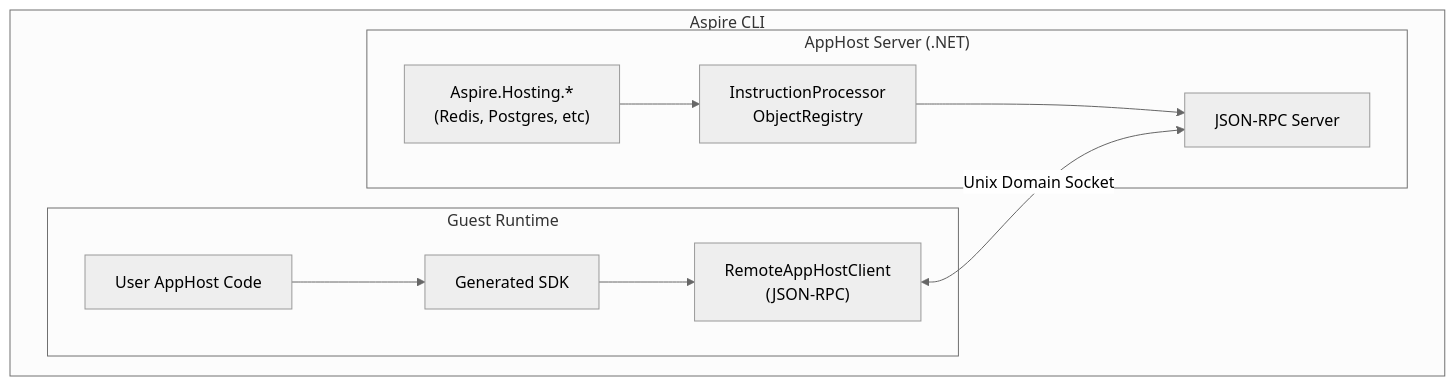
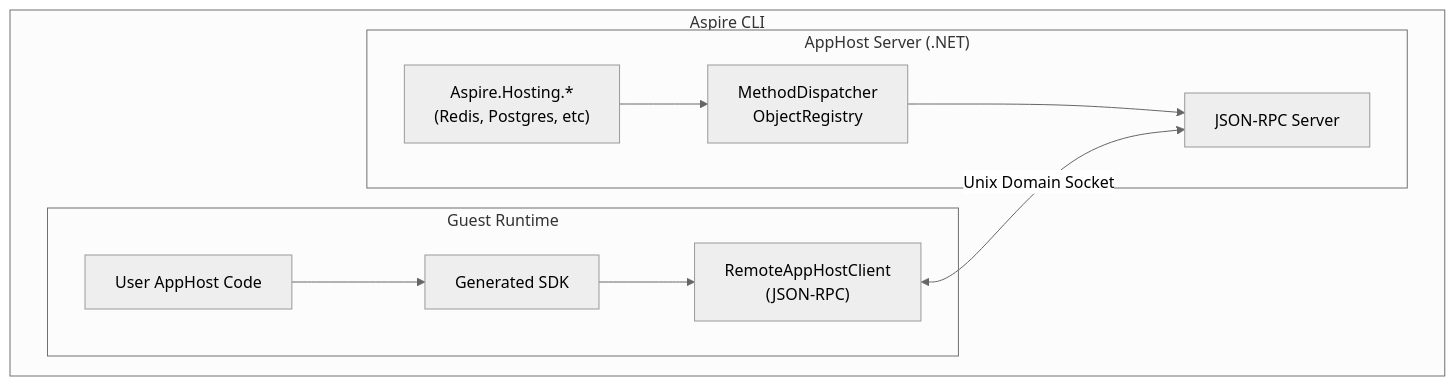
One commit to dotnet/aspire changed the first of 3 diagrams in docs/specs/polyglot-apphost.md. Above: the diagram before and after it, drawn with Mermaid (neutral theme). The commit also changed other lines of this file and 7 other files, not shown here.

````diff
--- a/docs/specs/polyglot-apphost.md
+++ b/docs/specs/polyglot-apphost.md
@@ -36,20 +41,20 @@
 ```mermaid
 flowchart TB
     subgraph CLI["Aspire CLI"]
         subgraph Host["AppHost Server (.NET)"]
             Hosting["Aspire.Hosting.*<br/>(Redis, Postgres, etc)"]
-            Processor["InstructionProcessor<br/>ObjectRegistry"]
+            Processor["MethodDispatcher<br/>ObjectRegistry"]
             Server["JSON-RPC Server"]
             Hosting --> Processor --> Server
         end
 
         subgraph Guest["Guest Runtime"]
             SDK["Generated SDK"]
             Client["RemoteAppHostClient<br/>(JSON-RPC)"]
             UserCode["User AppHost Code"]
             UserCode --> SDK --> Client
         end
 
         Client <-->|"Unix Domain Socket"| Server
     end
 ```
````
